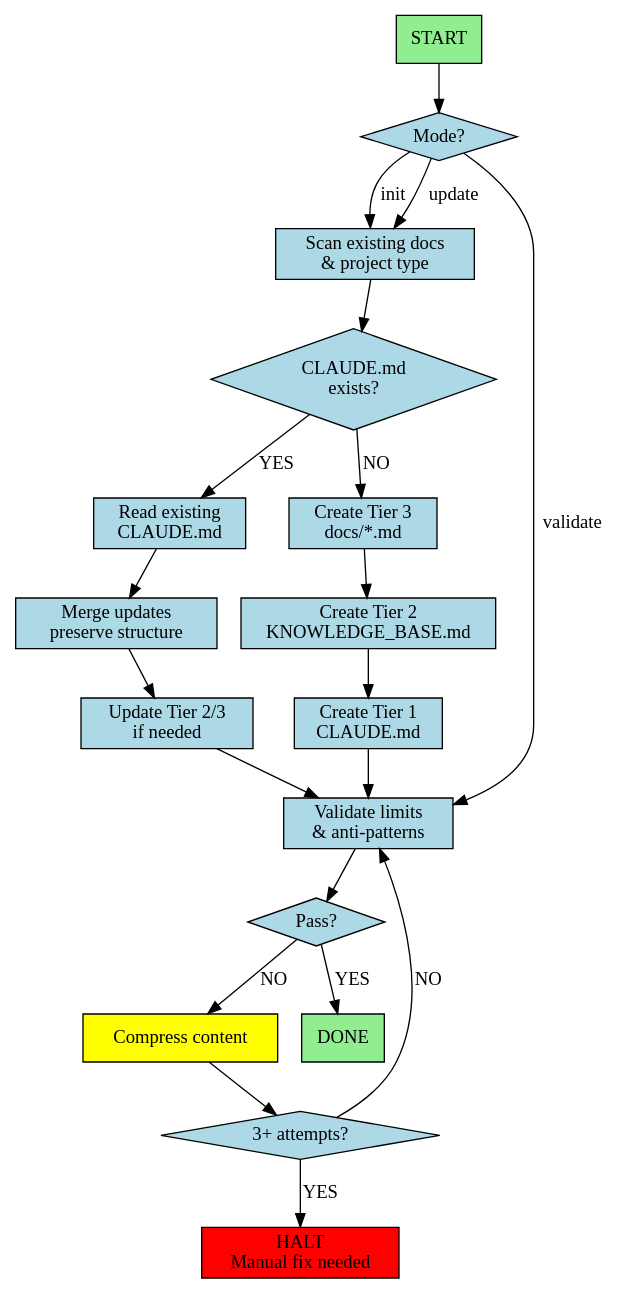
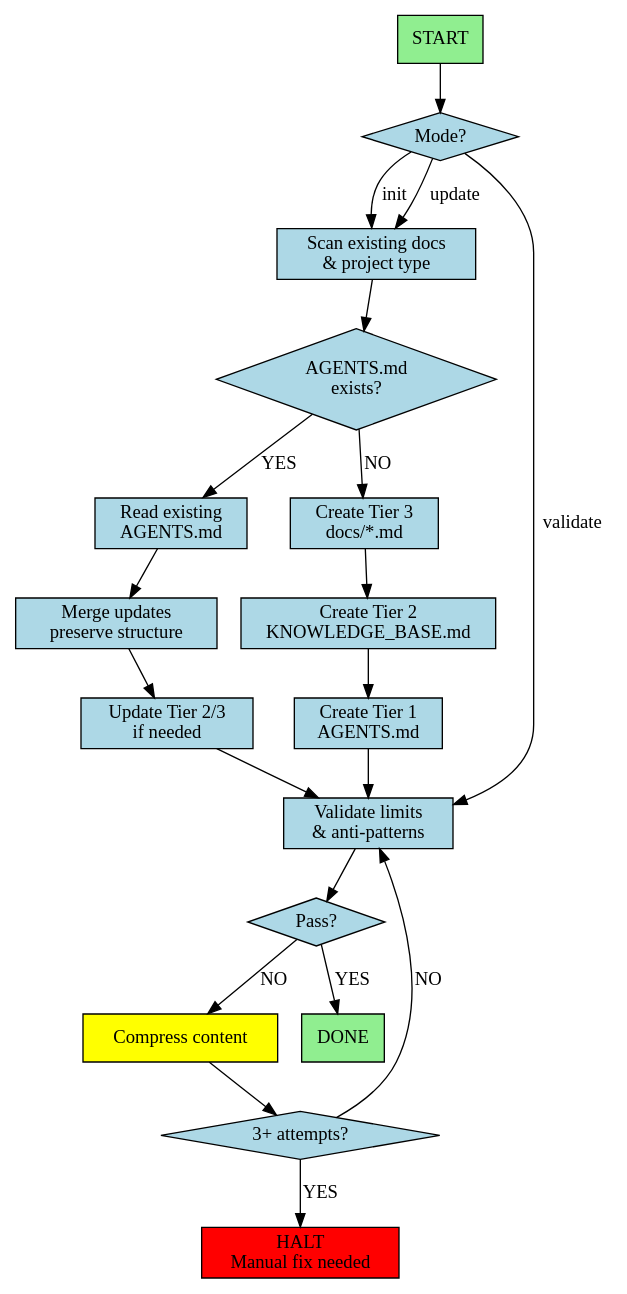
The diagram in ai/subagentic/droid/droids/context-builder.md (amrhas82/agentic-toolkit), drawn with Graphviz before and after one commit. The commit also changed other lines of this file and 31 other files, not shown here.

````diff
--- a/ai/subagentic/droid/droids/context-builder.md
+++ b/ai/subagentic/droid/droids/context-builder.md
@@ -28,55 +28,55 @@
 ```dot
 digraph ContextBuilder {
   rankdir=TB;
   node [shape=box, style=filled, fillcolor=lightblue];
 
   start [label="START", fillcolor=lightgreen];
   determine_mode [label="Mode?", shape=diamond];
 
   // Scan phase
   scan [label="Scan existing docs\n& project type"];
-  exists [label="CLAUDE.md\nexists?", shape=diamond];
+  exists [label="AGENTS.md\nexists?", shape=diamond];
 
   // Update path
-  read_existing [label="Read existing\nCLAUDE.md"];
+  read_existing [label="Read existing\nAGENTS.md"];
   merge_update [label="Merge updates\npreserve structure"];
   update_tiers [label="Update Tier 2/3\nif needed"];
 
   // Create path
   create_t3 [label="Create Tier 3\ndocs/*.md"];
   create_t2 [label="Create Tier 2\nKNOWLEDGE_BASE.md"];
-  create_t1 [label="Create Tier 1\nCLAUDE.md"];
+  create_t1 [label="Create Tier 1\nAGENTS.md"];
 
   // Validation
   validate [label="Validate limits\n& anti-patterns"];
   pass [label="Pass?", shape=diamond];
   emergency [label="Compress content", fillcolor=yellow];
   attempts [label="3+ attempts?", shape=diamond];
   halt [label="HALT\nManual fix needed", fillcolor=red];
   done [label="DONE", fillcolor=lightgreen];
 
   start -> determine_mode;
   determine_mode -> scan [label="init"];
   determine_mode -> scan [label="update"];
   determine_mode -> validate [label="validate"];
 
   scan -> exists;
   exists -> read_existing [label="YES"];
   exists -> create_t3 [label="NO"];
 
   read_existing -> merge_update;
   merge_update -> update_tiers;
   update_tiers -> validate;
 
   create_t3 -> create_t2;
   create_t2 -> create_t1;
   create_t1 -> validate;
 
   validate -> pass;
   pass -> done [label="YES"];
   pass -> emergency [label="NO"];
   emergency -> attempts;
   attempts -> validate [label="NO"];
   attempts -> halt [label="YES"];
 }
 ```
````
